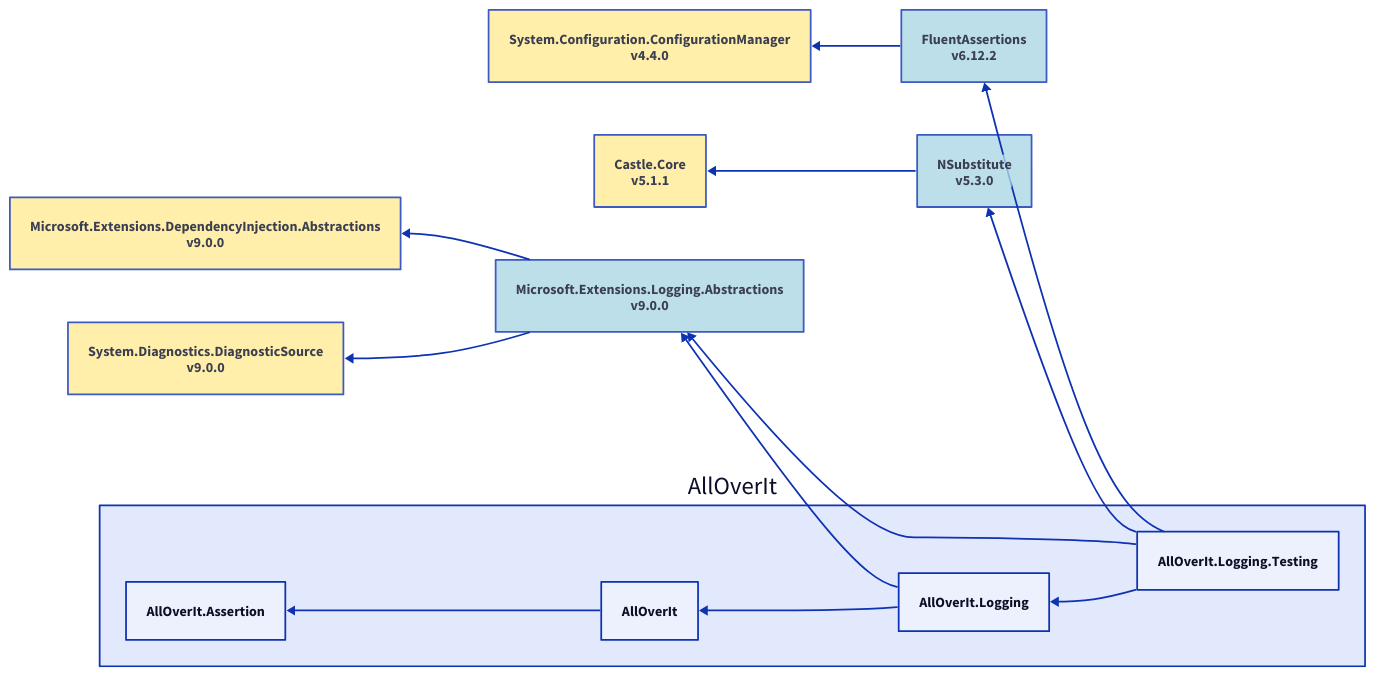
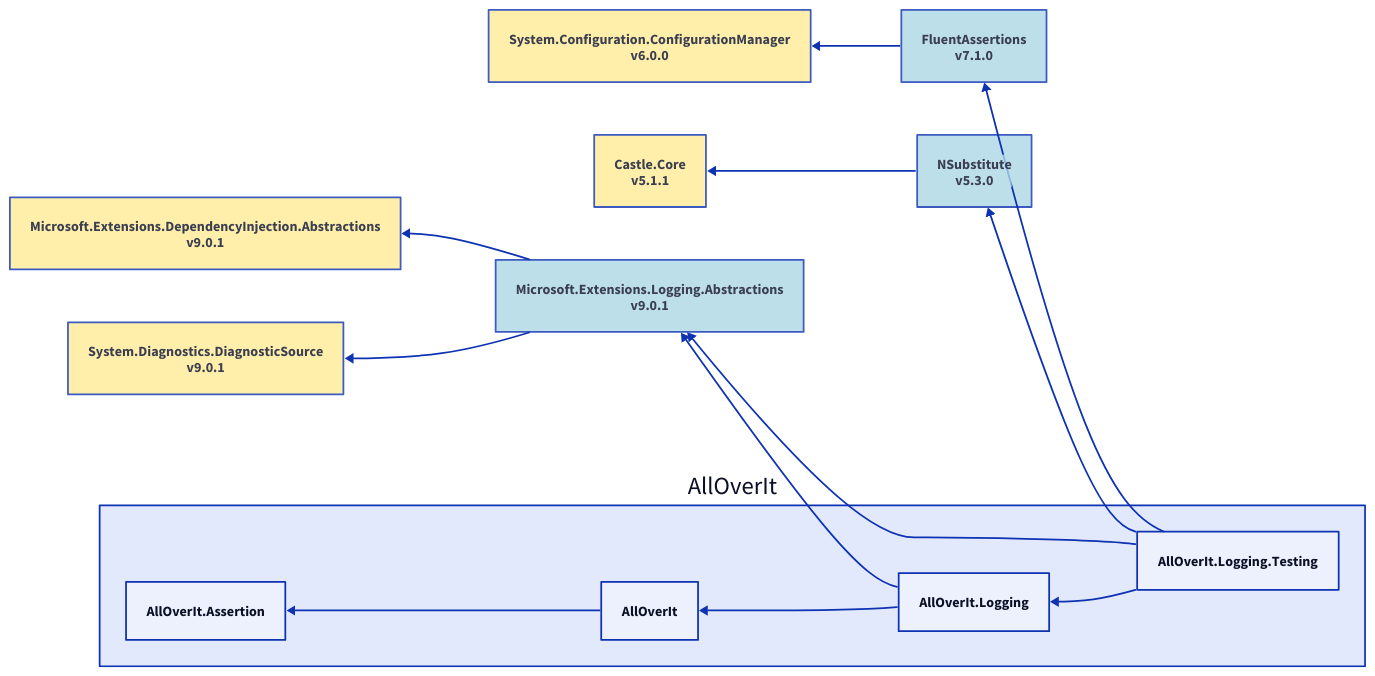
The diagram in Docs/Reference/Content/images/dependencies/net9.0/alloverit-logging-testing.d2 (mjfreelancing/AllOverIt), drawn with D2 before and after one commit. The commit also changed 111 other files, not shown here.

```diff
--- a/Docs/Reference/Content/images/dependencies/net9.0/alloverit-logging-testing.d2
+++ b/Docs/Reference/Content/images/dependencies/net9.0/alloverit-logging-testing.d2
@@ -1,39 +1,39 @@
 direction: left
 
 aoi: AllOverIt
 aoi.alloverit-logging-testing: AllOverIt.Logging.Testing
-fluentassertions_6-12-2: FluentAssertions\nv6.12.2
-fluentassertions_6-12-2.style.fill: "#ADD8E6"
-fluentassertions_6-12-2.style.opacity: 0.8
-system-configuration-configurationmanager_4-4-0: System.Configuration.ConfigurationManager\nv4.4.0
-system-configuration-configurationmanager_4-4-0.style.fill: "#FFEC96"
-system-configuration-configurationmanager_4-4-0.style.opacity: 0.8
-system-configuration-configurationmanager_4-4-0 <- fluentassertions_6-12-2
-fluentassertions_6-12-2 <- aoi.alloverit-logging-testing
+fluentassertions_7-1-0: FluentAssertions\nv7.1.0
+fluentassertions_7-1-0.style.fill: "#ADD8E6"
+fluentassertions_7-1-0.style.opacity: 0.8
+system-configuration-configurationmanager_6-0-0: System.Configuration.ConfigurationManager\nv6.0.0
+system-configuration-configurationmanager_6-0-0.style.fill: "#FFEC96"
+system-configuration-configurationmanager_6-0-0.style.opacity: 0.8
+system-configuration-configurationmanager_6-0-0 <- fluentassertions_7-1-0
+fluentassertions_7-1-0 <- aoi.alloverit-logging-testing
 nsubstitute_5-3-0: NSubstitute\nv5.3.0
 nsubstitute_5-3-0.style.fill: "#ADD8E6"
 nsubstitute_5-3-0.style.opacity: 0.8
 castle-core_5-1-1: Castle.Core\nv5.1.1
 castle-core_5-1-1.style.fill: "#FFEC96"
 castle-core_5-1-1.style.opacity: 0.8
 castle-core_5-1-1 <- nsubstitute_5-3-0
 nsubstitute_5-3-0 <- aoi.alloverit-logging-testing
-microsoft-extensions-logging-abstractions_9-0-0: Microsoft.Extensions.Logging.Abstractions\nv9.0.0
-microsoft-extensions-logging-abstractions_9-0-0.style.fill: "#ADD8E6"
-microsoft-extensions-logging-abstractions_9-0-0.style.opacity: 0.8
-microsoft-extensions-dependencyinjection-abstractions_9-0-0: Microsoft.Extensions.DependencyInjection.Abstractions\nv9.0.0
-microsoft-extensions-dependencyinjection-abstractions_9-0-0.style.fill: "#FFEC96"
-microsoft-extensions-dependencyinjection-abstractions_9-0-0.style.opacity: 0.8
-microsoft-extensions-dependencyinjection-abstractions_9-0-0 <- microsoft-extensions-logging-abstractions_9-0-0
-system-diagnostics-diagnosticsource_9-0-0: System.Diagnostics.DiagnosticSource\nv9.0.0
-system-diagnostics-diagnosticsource_9-0-0.style.fill: "#FFEC96"
-system-diagnostics-diagnosticsource_9-0-0.style.opacity: 0.8
-system-diagnostics-diagnosticsource_9-0-0 <- microsoft-extensions-logging-abstractions_9-0-0
-microsoft-extensions-logging-abstractions_9-0-0 <- aoi.alloverit-logging-testing
+microsoft-extensions-logging-abstractions_9-0-1: Microsoft.Extensions.Logging.Abstractions\nv9.0.1
+microsoft-extensions-logging-abstractions_9-0-1.style.fill: "#ADD8E6"
+microsoft-extensions-logging-abstractions_9-0-1.style.opacity: 0.8
+microsoft-extensions-dependencyinjection-abstractions_9-0-1: Microsoft.Extensions.DependencyInjection.Abstractions\nv9.0.1
+microsoft-extensions-dependencyinjection-abstractions_9-0-1.style.fill: "#FFEC96"
+microsoft-extensions-dependencyinjection-abstractions_9-0-1.style.opacity: 0.8
+microsoft-extensions-dependencyinjection-abstractions_9-0-1 <- microsoft-extensions-logging-abstractions_9-0-1
+system-diagnostics-diagnosticsource_9-0-1: System.Diagnostics.DiagnosticSource\nv9.0.1
+system-diagnostics-diagnosticsource_9-0-1.style.fill: "#FFEC96"
+system-diagnostics-diagnosticsource_9-0-1.style.opacity: 0.8
+system-diagnostics-diagnosticsource_9-0-1 <- microsoft-extensions-logging-abstractions_9-0-1
+microsoft-extensions-logging-abstractions_9-0-1 <- aoi.alloverit-logging-testing
 aoi.alloverit-logging: AllOverIt.Logging
-microsoft-extensions-logging-abstractions_9-0-0 <- aoi.alloverit-logging
+microsoft-extensions-logging-abstractions_9-0-1 <- aoi.alloverit-logging
 aoi.alloverit: AllOverIt
 aoi.alloverit-assertion: AllOverIt.Assertion
 aoi.alloverit-assertion <- aoi.alloverit
 aoi.alloverit <- aoi.alloverit-logging
 aoi.alloverit-logging <- aoi.alloverit-logging-testing
```
